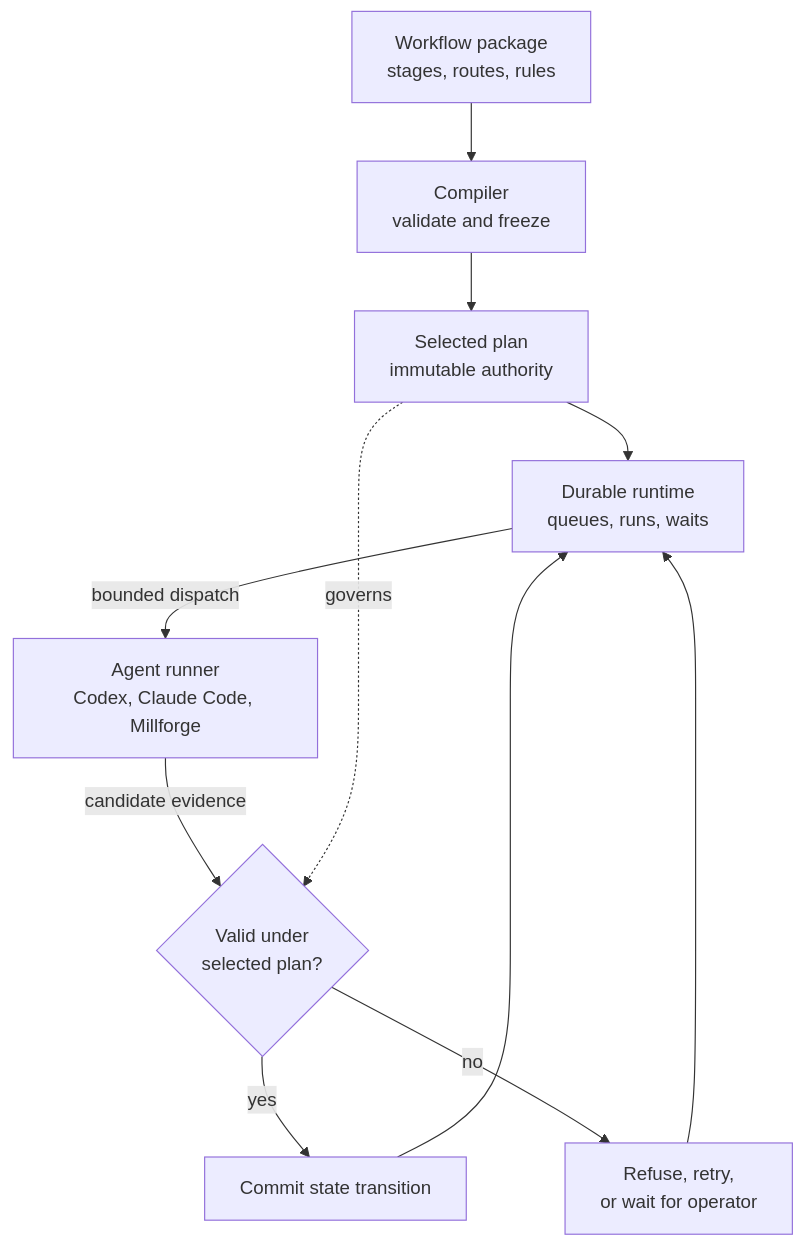
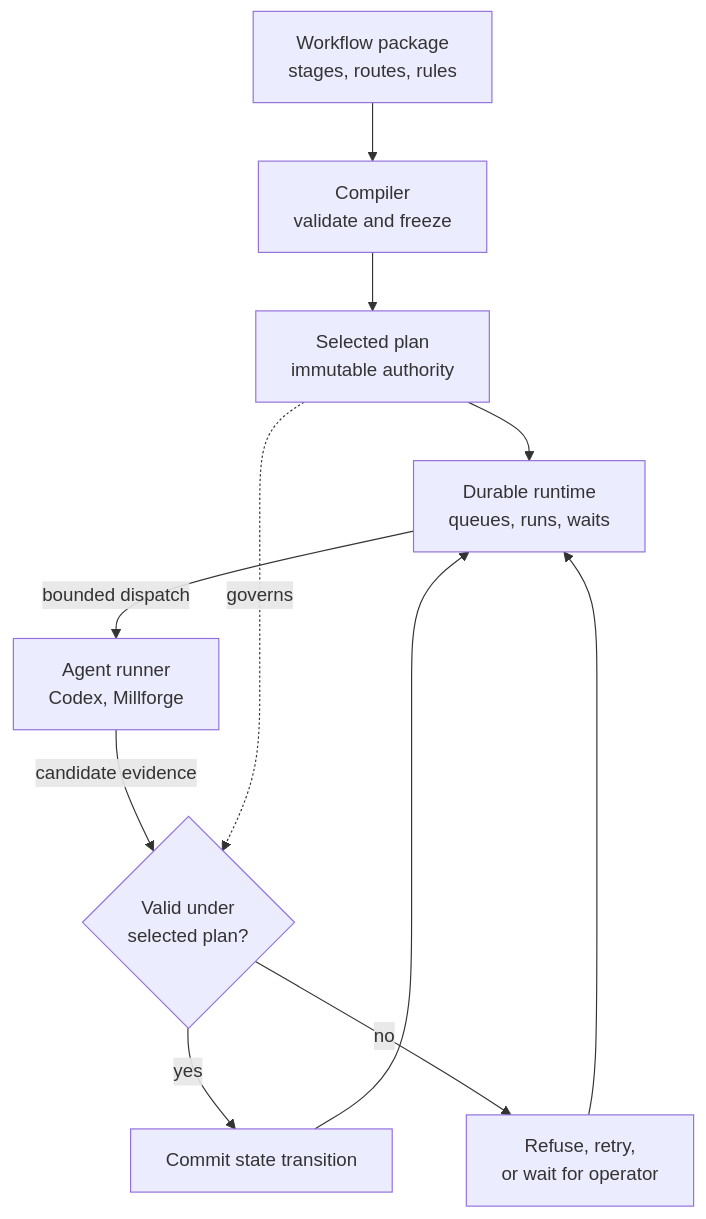
Before and after one commit to tim-osterhus/millrace: the diagram in README.md, drawn with Mermaid. The commit also changed other lines of this file and 1 other file, not shown here.

Commit message:
docs: document graph authority provenance

````diff
--- a/README.md
+++ b/README.md
@@ -29,13 +30,13 @@
 ```mermaid
 flowchart TD
     W["Workflow package<br/>stages, routes, rules"] --> C["Compiler<br/>validate and freeze"]
     C --> P["Selected plan<br/>immutable authority"]
     P --> R["Durable runtime<br/>queues, runs, waits"]
-    R -->|"bounded dispatch"| A["Agent runner<br/>Codex, Claude Code, Millforge"]
+    R -->|"bounded dispatch"| A["Agent runner<br/>Codex, Millforge"]
     A -->|"candidate evidence"| V{"Valid under<br/>selected plan?"}
     P -.->|"governs"| V
     V -->|"yes"| T["Commit state transition"]
     T --> R
     V -->|"no"| X["Refuse, retry,<br/>or wait for operator"]
     X --> R
 ```
````
